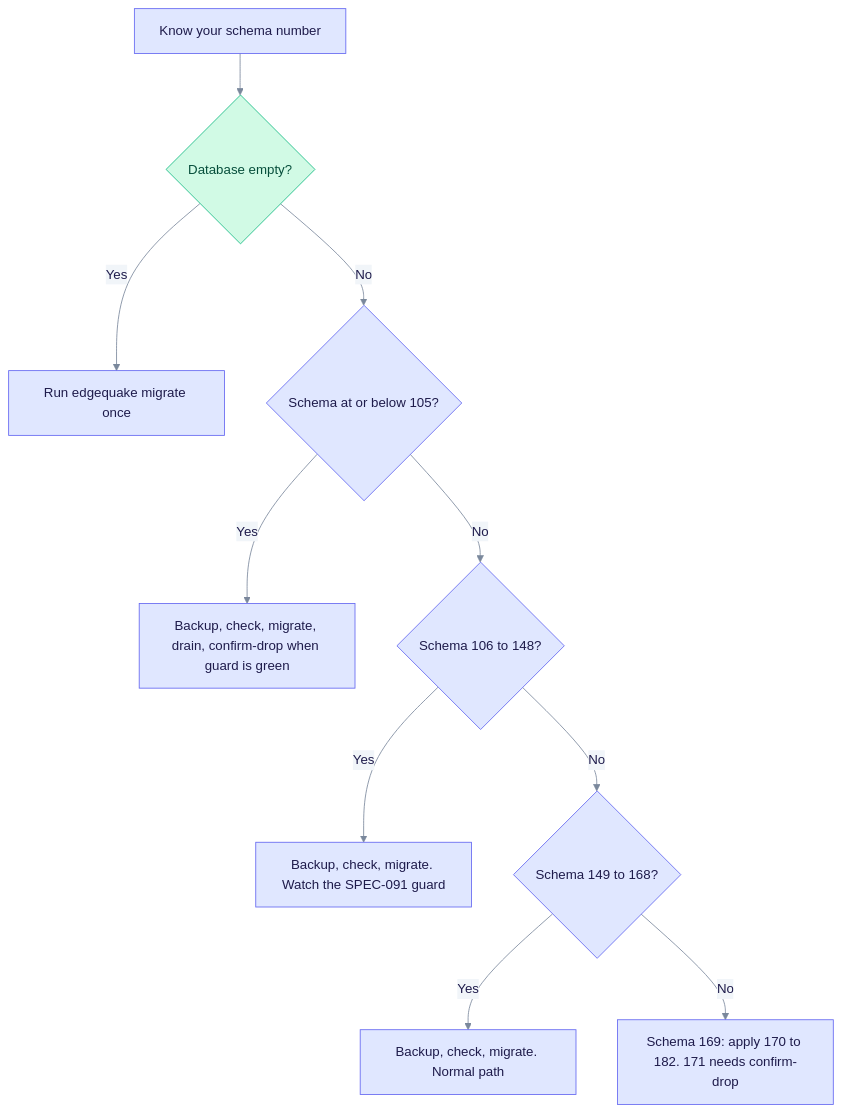
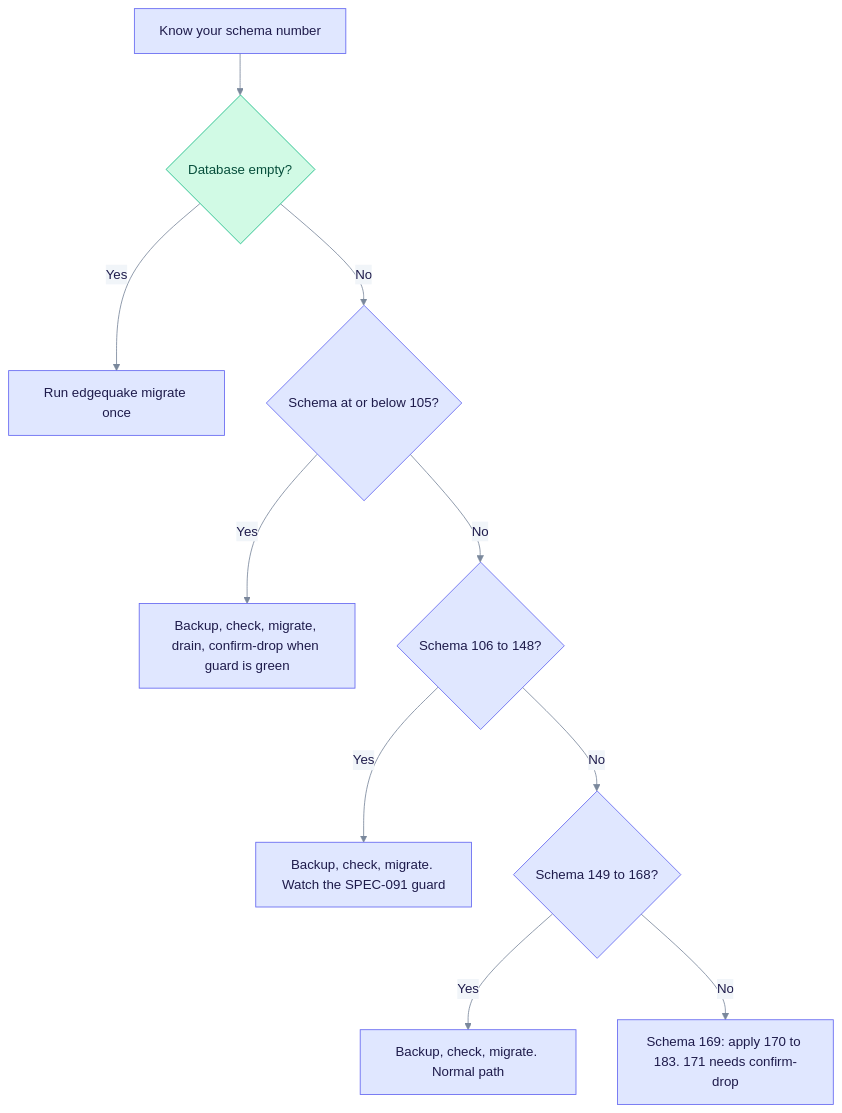
Before and after one commit to YatchiYa/edgequake: the first of 3 diagrams in docs/operations/upgrading.md, drawn with Mermaid. The commit also changed other lines of this file and 9 other files, not shown here.

````diff
--- a/docs/operations/upgrading.md
+++ b/docs/operations/upgrading.md
@@ -24,17 +24,17 @@
 ```mermaid
 %%{init: {"theme":"base","themeVariables":{"primaryColor":"#E0E7FF","primaryBorderColor":"#6366F1","primaryTextColor":"#1E1B4B","secondaryColor":"#D1FAE5","secondaryBorderColor":"#10B981","secondaryTextColor":"#064E3B","tertiaryColor":"#FEF3C7","tertiaryBorderColor":"#F59E0B","tertiaryTextColor":"#6B7A90","lineColor":"#7A889C","clusterBkg":"rgba(99,102,241,0.07)","clusterBorder":"#A5B4FC","noteBkgColor":"#FEF9C3","noteTextColor":"#422006","textColor":"#6B7A90","titleColor":"#6B7A90","signalColor":"#7A889C","signalTextColor":"#6B7A90","loopTextColor":"#6B7A90","edgeLabelBackground":"#F1F5F9","actorLineColor":"#94A3B8"}}}%%
 %% eq-theme:v1
 flowchart TD
   A["Know your schema number"] --> B{"Database empty?"}
   B -->|Yes| C["Run edgequake migrate once"]
   B -->|No| D{"Schema at or below 105?"}
   D -->|Yes| E["Backup, check, migrate, drain, confirm-drop when guard is green"]
   D -->|No| F{"Schema 106 to 148?"}
   F -->|Yes| G["Backup, check, migrate. Watch the SPEC-091 guard"]
   F -->|No| H{"Schema 149 to 168?"}
   H -->|Yes| I["Backup, check, migrate. Normal path"]
-  H -->|No| J["Schema 169: apply 170 to 182. 171 needs confirm-drop"]
+  H -->|No| J["Schema 169: apply 170 to 183. 171 needs confirm-drop"]
 %% eq-classes
 classDef eqStore fill:#D1FAE5,stroke:#10B981,color:#064E3B
 class B eqStore
 ```
````
